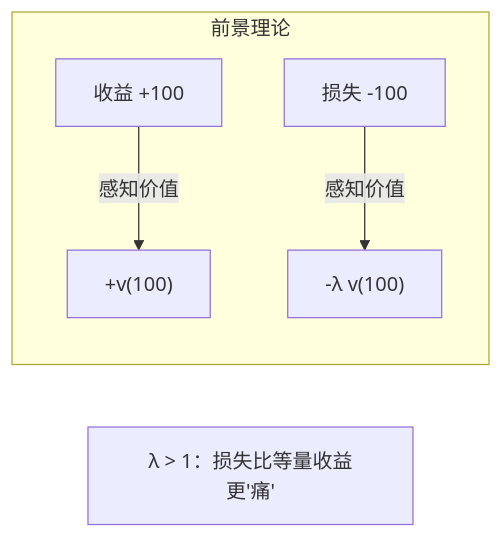
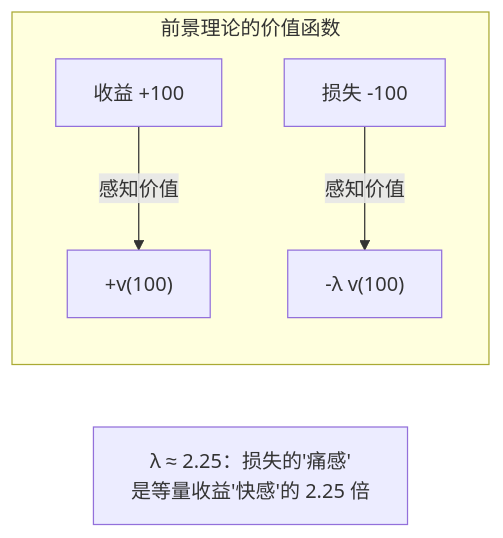
Before and after one commit to kyksj-1/LLM-from-0: the seventh of 18 diagrams in 12_dpo/README.md, drawn with Mermaid. The commit also changed other lines of this file and 1 other file, not shown here.

````diff
--- a/12_dpo/README.md
+++ b/12_dpo/README.md
@@ -375,9 +417,9 @@
 ```mermaid
 graph LR
-    subgraph "前景理论"
+    subgraph "前景理论的价值函数"
         A["收益 +100"] -->|"感知价值"| B["+v(100)"]
         C["损失 -100"] -->|"感知价值"| D["-λ v(100)"]
     end
 
-    E["λ > 1：损失比等量收益更'痛'"]
+    E["λ ≈ 2.25：损失的'痛感'<br/>是等量收益'快感'的 2.25 倍"]
 ```
````
